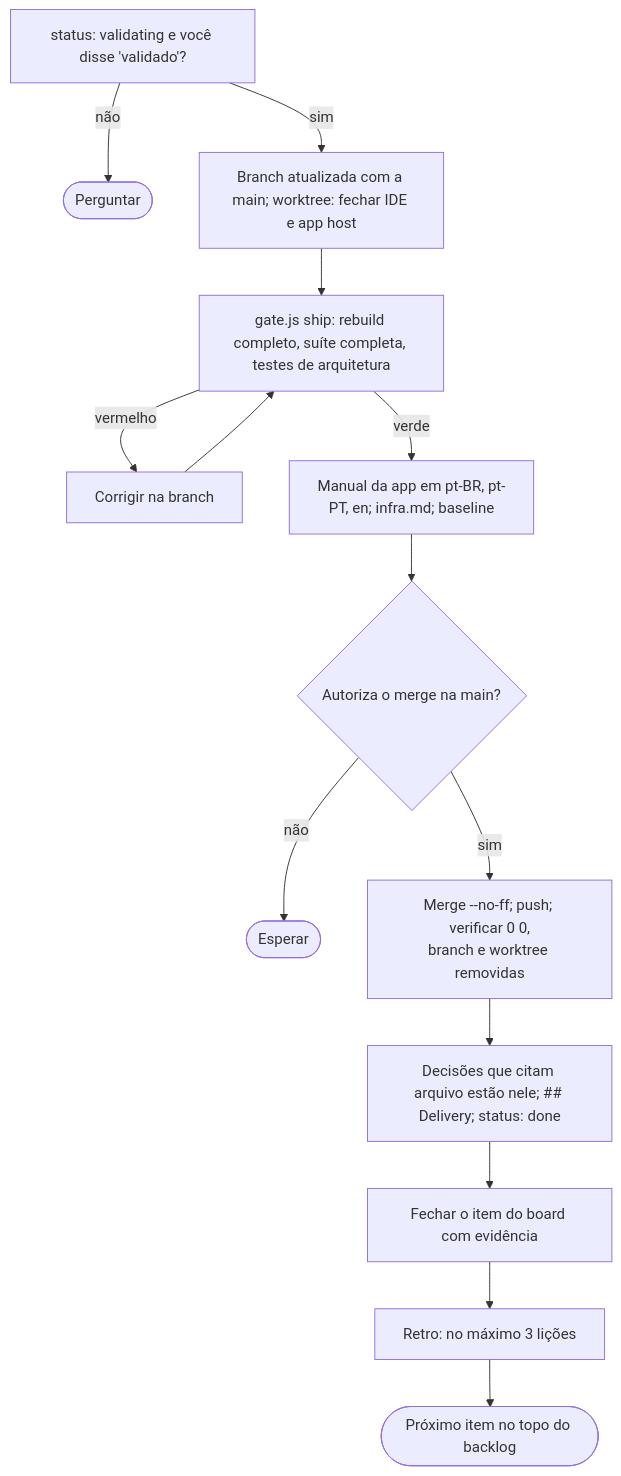
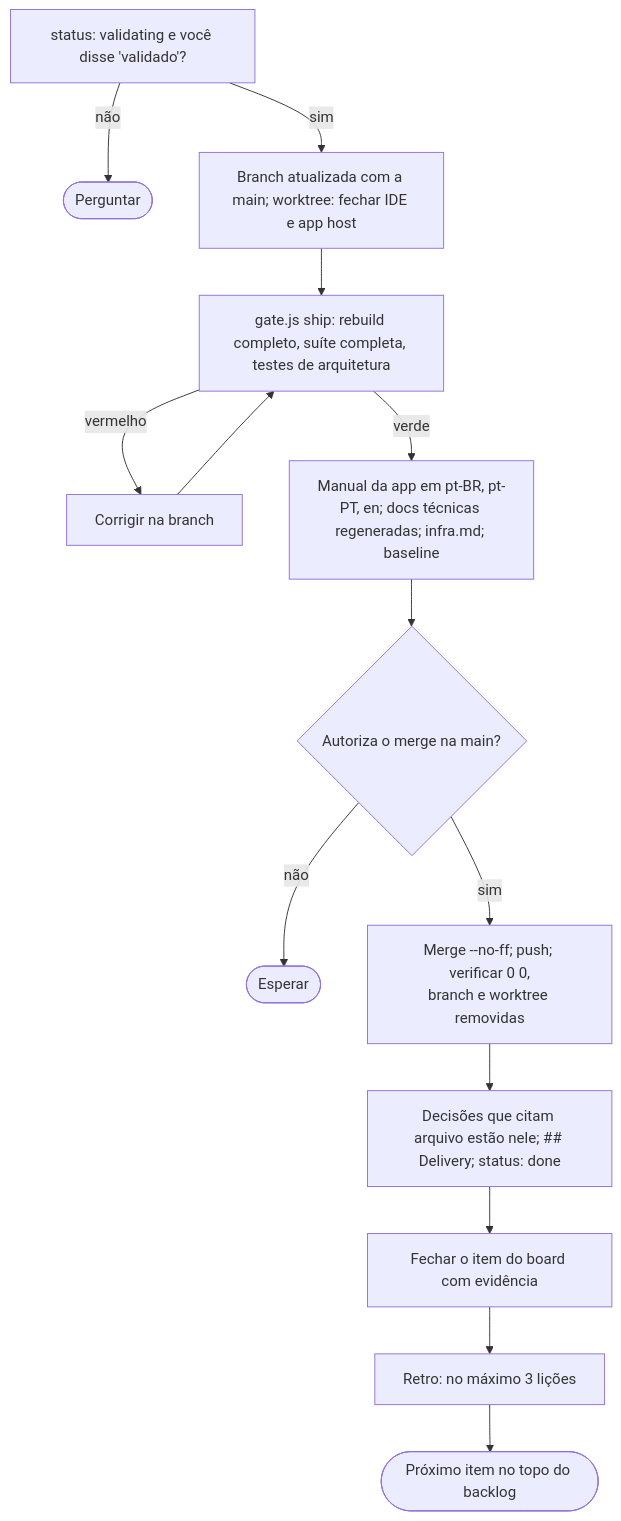
One commit to alexcanario/simulab changed diagram 11 of 15 in docs/agile/workflow.pt-BR.md. Above: the diagram before and after it, drawn with Mermaid. The commit also changed other lines of this file and 2 other files, not shown here.

````diff
--- a/docs/agile/workflow.pt-BR.md
+++ b/docs/agile/workflow.pt-BR.md
@@ -964,16 +987,16 @@
 ```mermaid
 flowchart TD
     A["status: validating e você disse 'validado'?"] -->|não| A1(["Perguntar"])
     A -->|sim| B["Branch atualizada com a main; worktree: fechar IDE e app host"]
     B --> C["gate.js ship: rebuild completo, suíte completa, testes de arquitetura"]
     C -->|vermelho| C1["Corrigir na branch"]
     C1 --> C
-    C -->|verde| D["Manual da app em pt-BR, pt-PT, en; infra.md; baseline"]
+    C -->|verde| D["Manual da app em pt-BR, pt-PT, en; docs técnicas regeneradas; infra.md; baseline"]
     D --> E{"Autoriza o merge na main?"}
     E -->|não| E1(["Esperar"])
     E -->|sim| F["Merge --no-ff; push; verificar 0 0,<br/>branch e worktree removidas"]
     F --> G["Decisões que citam arquivo estão nele; ## Delivery; status: done"]
     G --> H["Fechar o item do board com evidência"]
     H --> I["Retro: no máximo 3 lições"]
     I --> J(["Próximo item no topo do backlog"])
 ```
````
